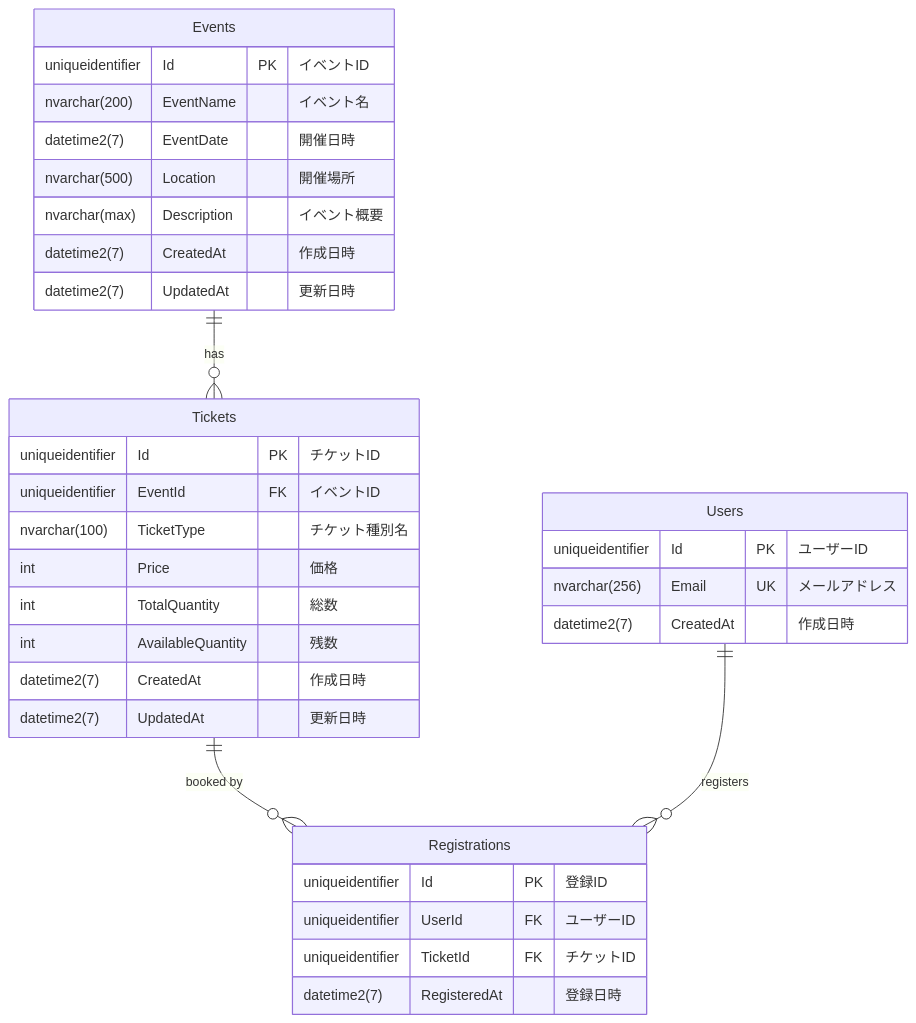
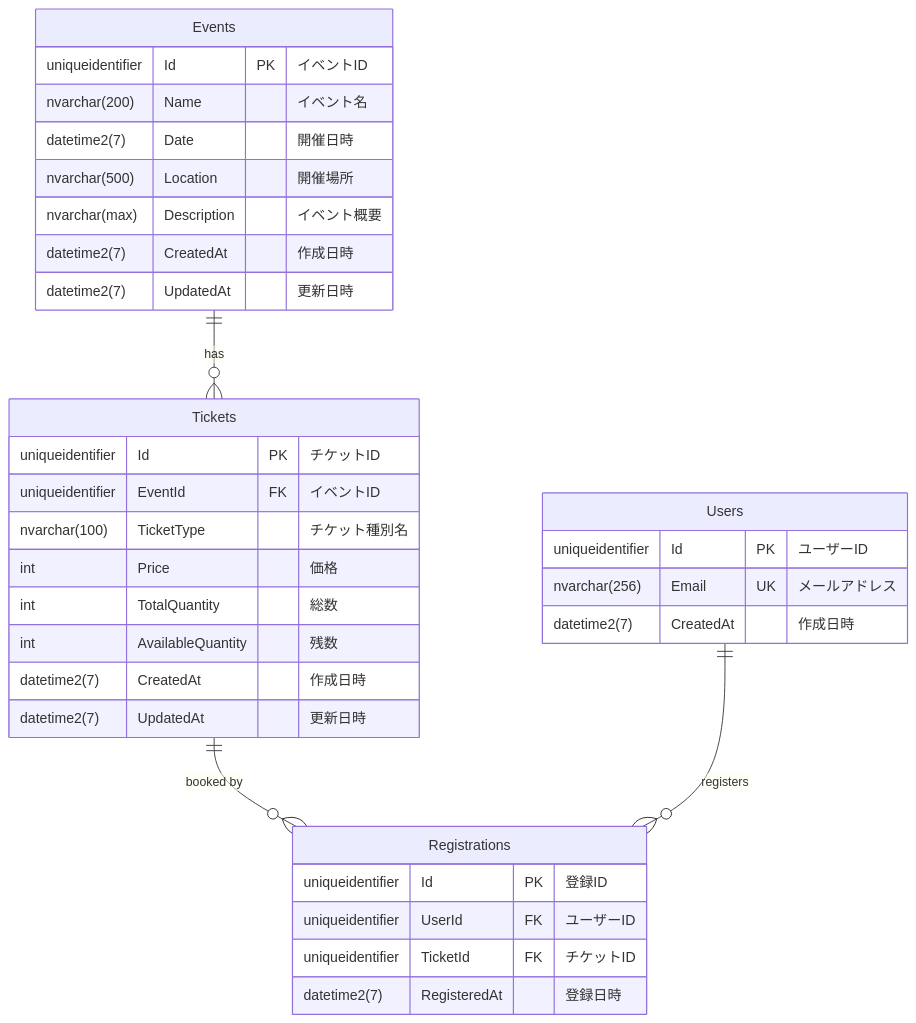
The diagram in docs/er-diagram.md (kazakht/event-registration-system), drawn with Mermaid before and after one commit. The commit also changed other lines of this file, not shown here.

Commit message:
Rename EventName and EventDate to Name and Date

````diff
--- a/docs/er-diagram.md
+++ b/docs/er-diagram.md
@@ -5,40 +5,40 @@
 ```mermaid
 erDiagram
     Events ||--o{ Tickets : "has"
     Tickets ||--o{ Registrations : "booked by"
     Users ||--o{ Registrations : "registers"
 
     Events {
         uniqueidentifier Id PK "イベントID"
-        nvarchar(200) EventName "イベント名"
-        datetime2(7) EventDate "開催日時"
+        nvarchar(200) Name "イベント名"
+        datetime2(7) Date "開催日時"
         nvarchar(500) Location "開催場所"
         nvarchar(max) Description "イベント概要"
         datetime2(7) CreatedAt "作成日時"
         datetime2(7) UpdatedAt "更新日時"
     }
 
     Tickets {
         uniqueidentifier Id PK "チケットID"
         uniqueidentifier EventId FK "イベントID"
         nvarchar(100) TicketType "チケット種別名"
         int Price "価格"
         int TotalQuantity "総数"
         int AvailableQuantity "残数"
         datetime2(7) CreatedAt "作成日時"
         datetime2(7) UpdatedAt "更新日時"
     }
 
     Users {
         uniqueidentifier Id PK "ユーザーID"
         nvarchar(256) Email UK "メールアドレス"
         datetime2(7) CreatedAt "作成日時"
     }
 
     Registrations {
         uniqueidentifier Id PK "登録ID"
         uniqueidentifier UserId FK "ユーザーID"
         uniqueidentifier TicketId FK "チケットID"
         datetime2(7) RegisteredAt "登録日時"
     }
 ```
````
